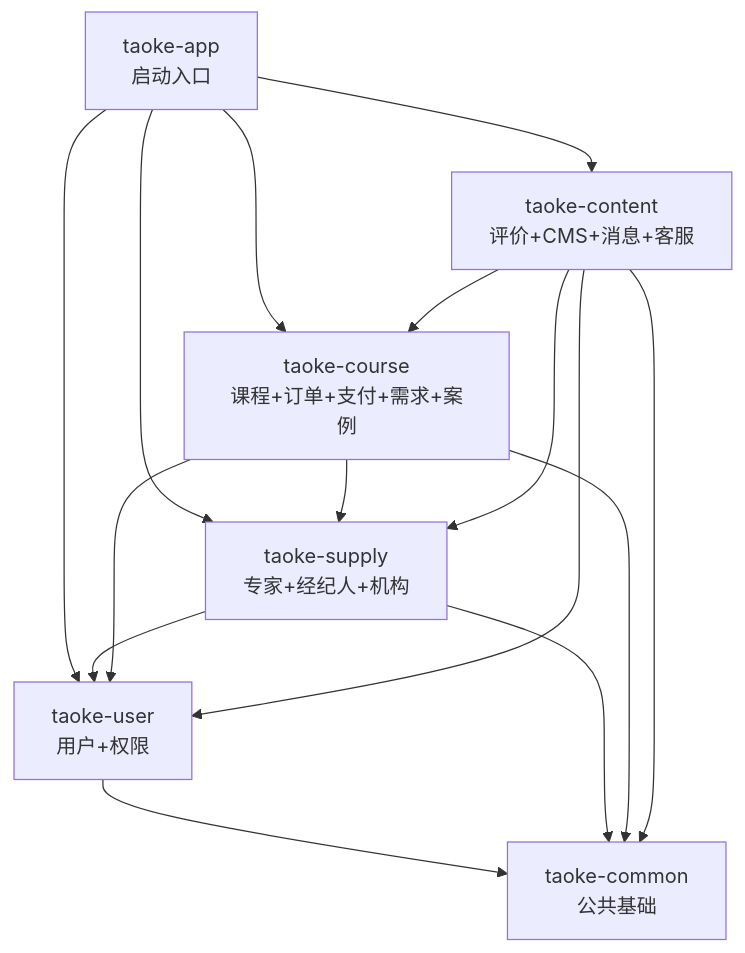
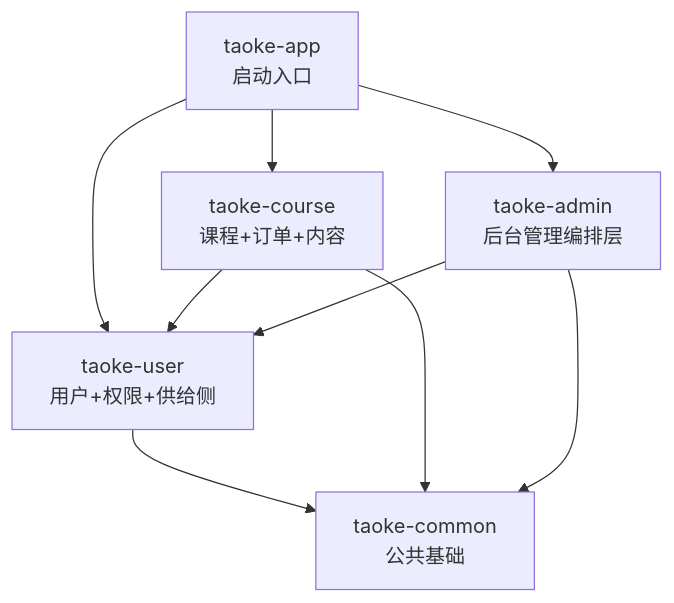
Before and after one commit to zjh1252/taokev2-momo: the diagram in docs/02-架构设计.md, drawn with Mermaid. The commit also changed other lines of this file and 8 other files, not shown here.

````diff
--- a/docs/02-架构设计.md
+++ b/docs/02-架构设计.md
@@ -108,25 +139,18 @@
 ```mermaid
 graph TD
     APP[taoke-app<br/>启动入口]
     COMMON[taoke-common<br/>公共基础]
-    USER[taoke-user<br/>用户+权限]
-    SUPPLY[taoke-supply<br/>专家+经纪人+机构]
-    COURSE[taoke-course<br/>课程+订单+支付+需求+案例]
-    CONTENT[taoke-content<br/>评价+CMS+消息+客服]
+    USER[taoke-user<br/>用户+权限+供给侧]
+    COURSE[taoke-course<br/>课程+订单+内容]
+    ADMIN[taoke-admin<br/>后台管理编排层]
 
     APP --> USER
-    APP --> SUPPLY
     APP --> COURSE
-    APP --> CONTENT
+    APP --> ADMIN
 
     USER --> COMMON
-    SUPPLY --> COMMON
-    SUPPLY --> USER
     COURSE --> COMMON
     COURSE --> USER
-    COURSE --> SUPPLY
-    CONTENT --> COMMON
-    CONTENT --> USER
-    CONTENT --> SUPPLY
-    CONTENT --> COURSE
+    ADMIN --> COMMON
+    ADMIN --> USER
 ```
````
